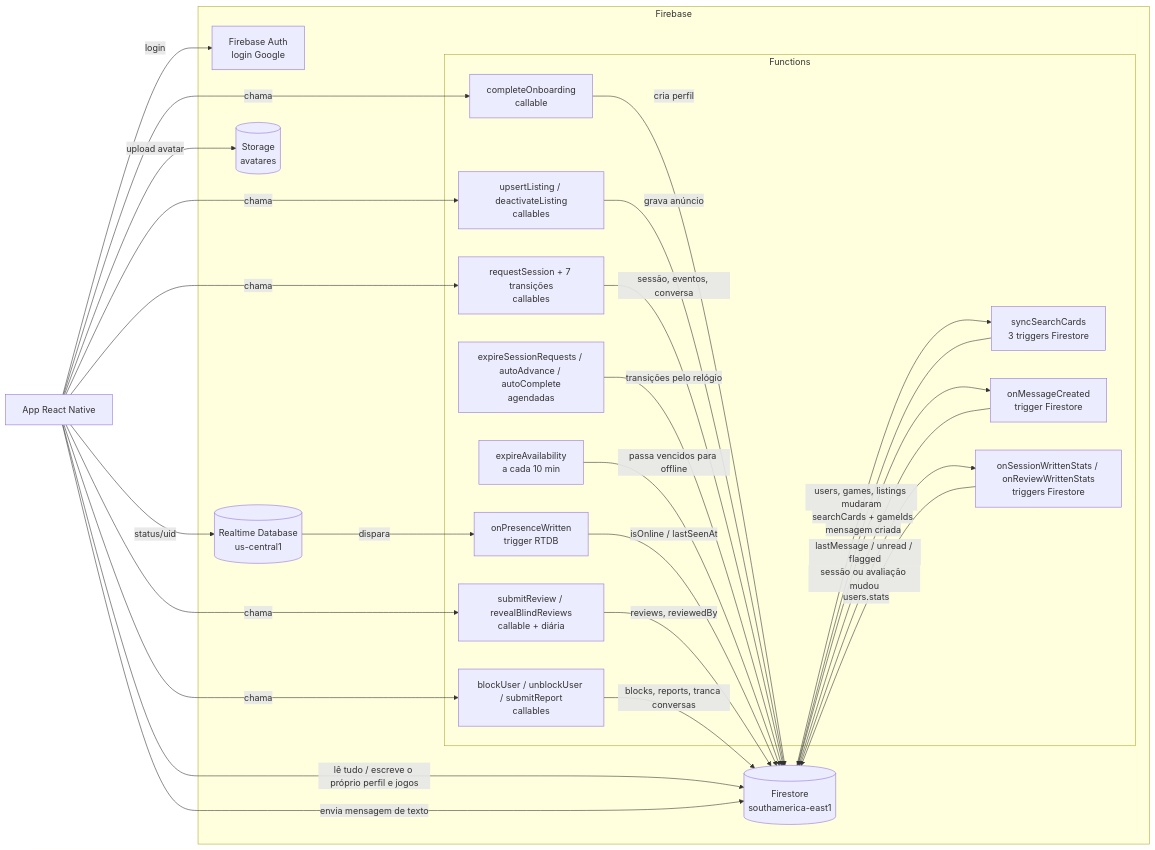
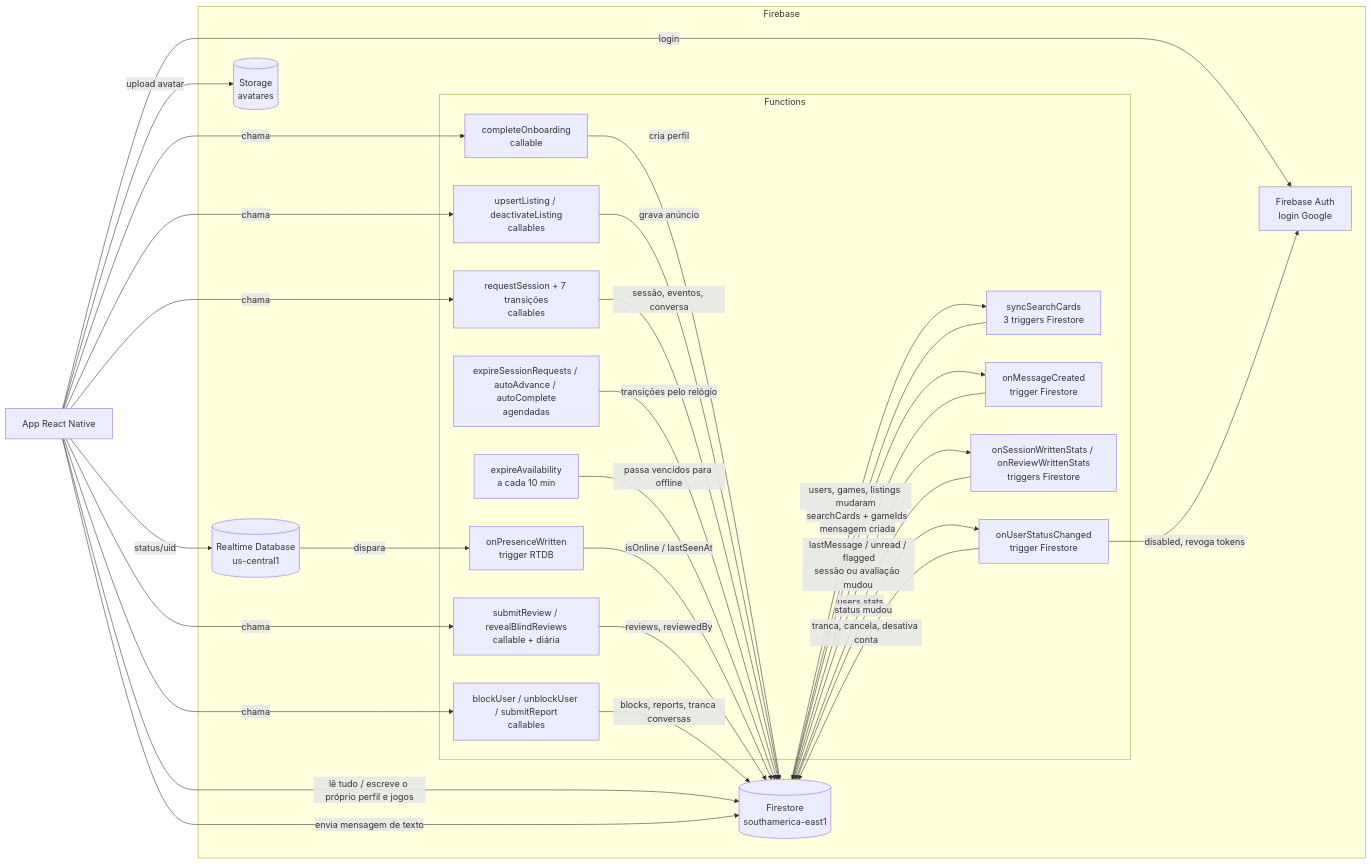
Before and after one commit to BMTeam-dev/player_two_backend: the diagram in docs/DOCs.md, drawn with Mermaid. The commit also changed other lines of this file and 6 other files, not shown here.

````diff
--- a/docs/DOCs.md
+++ b/docs/DOCs.md
@@ -48,50 +49,54 @@
 ```mermaid
 flowchart LR
   App[App React Native]
 
   subgraph Firebase
     Auth[Firebase Auth<br/>login Google]
     FS[(Firestore<br/>southamerica-east1)]
     RTDB[(Realtime Database<br/>us-central1)]
     ST[(Storage<br/>avatares)]
     subgraph Functions
       CO[completeOnboarding<br/>callable]
       EA[expireAvailability<br/>a cada 10 min]
       PW[onPresenceWritten<br/>trigger RTDB]
       SC[syncSearchCards<br/>3 triggers Firestore]
       LI[upsertListing / deactivateListing<br/>callables]
       SE[requestSession + 7 transições<br/>callables]
       SA[expireSessionRequests / autoAdvance / autoComplete<br/>agendadas]
       MC[onMessageCreated<br/>trigger Firestore]
       RV[submitReview / revealBlindReviews<br/>callable + diária]
       ST2[onSessionWrittenStats / onReviewWrittenStats<br/>triggers Firestore]
       SF[blockUser / unblockUser / submitReport<br/>callables]
+      MO[onUserStatusChanged<br/>trigger Firestore]
     end
   end
 
   App -- login --> Auth
   App -- lê tudo / escreve o próprio perfil e jogos --> FS
   App -- status/uid --> RTDB
   App -- upload avatar --> ST
   App -- chama --> CO
   CO -- cria perfil --> FS
   App -- chama --> LI
   LI -- grava anúncio --> FS
   App -- chama --> SE
   SE -- sessão, eventos, conversa --> FS
   SA -- transições pelo relógio --> FS
   EA -- passa vencidos para offline --> FS
   RTDB -- dispara --> PW
   PW -- isOnline / lastSeenAt --> FS
   FS -- users, games, listings mudaram --> SC
   SC -- searchCards + gameIds --> FS
   App -- envia mensagem de texto --> FS
   FS -- mensagem criada --> MC
   MC -- lastMessage / unread / flagged --> FS
   App -- chama --> RV
   RV -- reviews, reviewedBy --> FS
   FS -- sessão ou avaliação mudou --> ST2
   ST2 -- users.stats --> FS
   App -- chama --> SF
   SF -- blocks, reports, tranca conversas --> FS
+  FS -- status mudou --> MO
+  MO -- tranca, cancela, desativa conta --> FS
+  MO -- disabled, revoga tokens --> Auth
 ```
````
